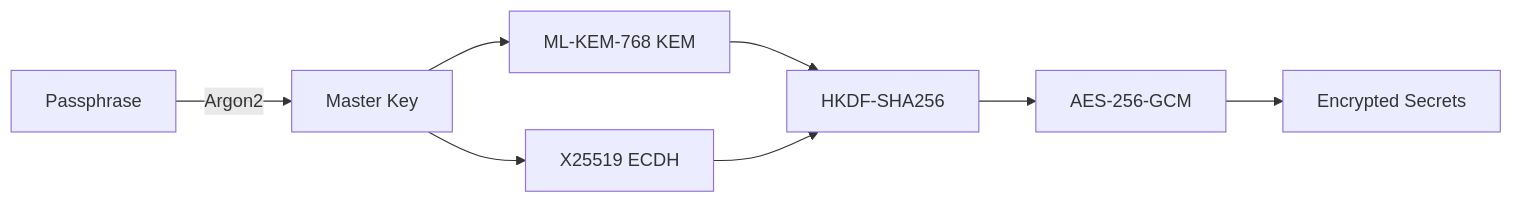
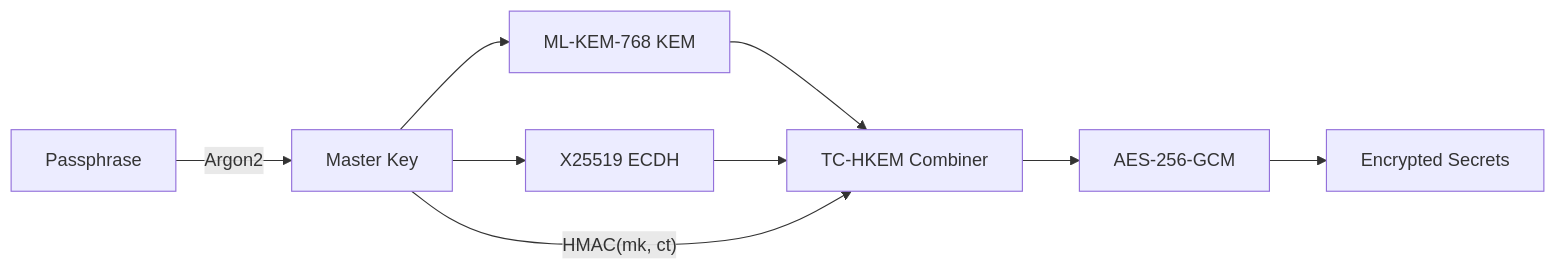
The diagram in README.md (johnzfitch/dota), drawn with Mermaid before and after one commit. The commit also changed other lines of this file and 19 other files, not shown here.

````diff
--- a/README.md
+++ b/README.md
@@ -27,10 +27,11 @@
 ```mermaid
 flowchart LR
     A[Passphrase] -->|Argon2| B[Master Key]
     B --> C["ML-KEM-768 KEM"]
     B --> D["X25519 ECDH"]
-    C --> E["HKDF-SHA256"]
+    C --> E["TC-HKEM Combiner"]
     D --> E
+    B -->|"HMAC(mk, ct)"| E
     E --> F["AES-256-GCM"]
     F --> G[Encrypted Secrets]
 ```
````
